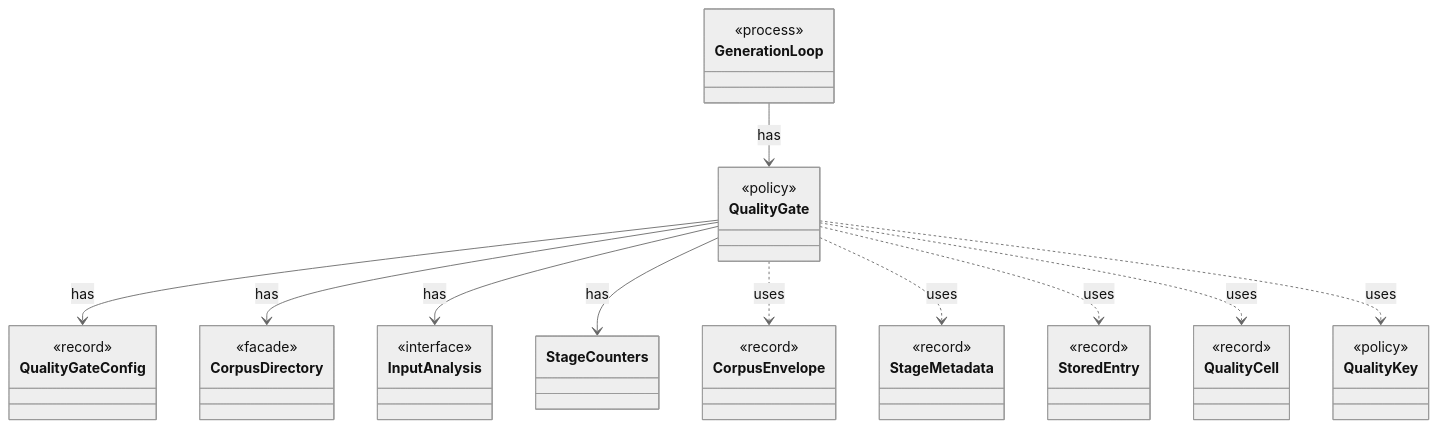
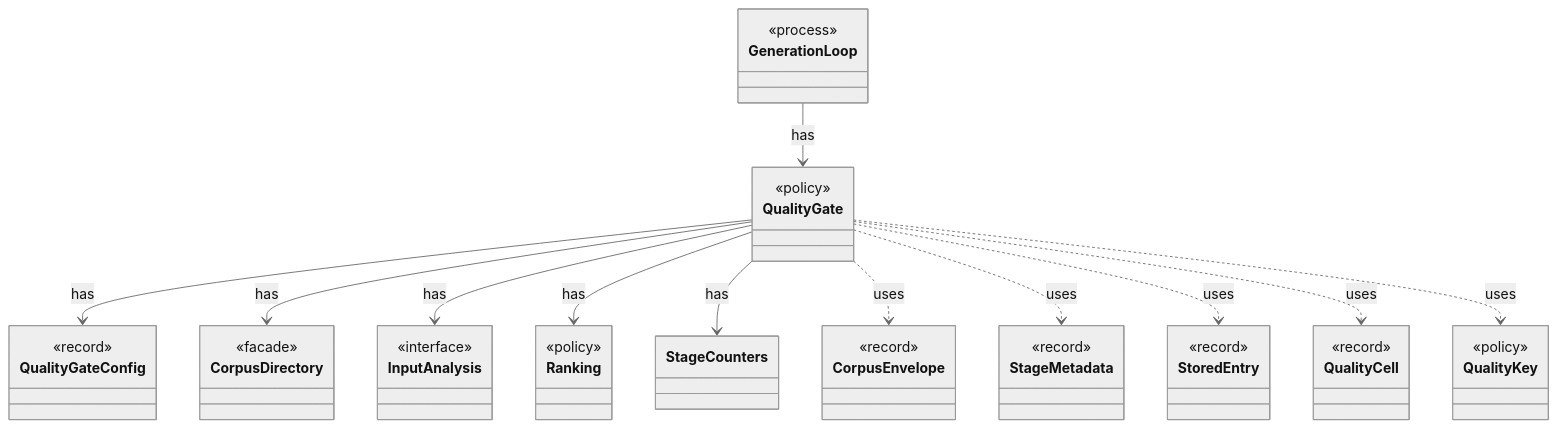
Before and after one commit to tlaplus/model-checker-hardening: the diagram in dev/types/io.github.tlaplus.hardening.workflow.quality.QualityGate.md, drawn with Mermaid (neutral theme). The commit also changed other lines of this file and 405 other files, not shown here.

````diff
--- a/dev/types/io.github.tlaplus.hardening.workflow.quality.QualityGate.md
+++ b/dev/types/io.github.tlaplus.hardening.workflow.quality.QualityGate.md
@@ -9,44 +9,48 @@
 ```mermaid
 classDiagram
   class QualityGate {
     <<policy>>
   }
   class QualityGateConfig {
     <<record>>
   }
   class CorpusDirectory {
     <<facade>>
   }
   class InputAnalysis {
     <<interface>>
+  }
+  class Ranking {
+    <<policy>>
   }
   class StageCounters
   class GenerationLoop {
     <<process>>
   }
   class CorpusEnvelope {
     <<record>>
   }
   class StageMetadata {
     <<record>>
   }
   class StoredEntry {
     <<record>>
   }
   class QualityCell {
     <<record>>
   }
   class QualityKey {
     <<policy>>
   }
   QualityGate --> QualityGateConfig : has
   QualityGate --> CorpusDirectory : has
   QualityGate --> InputAnalysis : has
+  QualityGate --> Ranking : has
   QualityGate --> StageCounters : has
   GenerationLoop --> QualityGate : has
   QualityGate ..> CorpusEnvelope : uses
   QualityGate ..> StageMetadata : uses
   QualityGate ..> StoredEntry : uses
   QualityGate ..> QualityCell : uses
   QualityGate ..> QualityKey : uses
 ```
````
